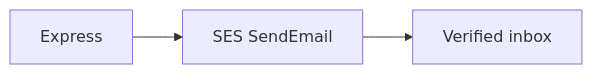
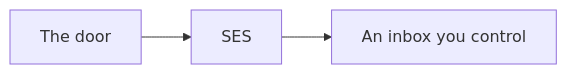
The diagram in content/tracks/backend-from-zero/lessons/12-amazon-ses.md (sreecharan-desu/hackx-slides), drawn with Mermaid before and after one commit. The commit also changed other lines of this file and 35 other files, not shown here.

````diff
--- a/content/tracks/backend-from-zero/lessons/12-amazon-ses.md
+++ b/content/tracks/backend-from-zero/lessons/12-amazon-ses.md
@@ -12,5 +12,5 @@
 ```mermaid
 flowchart LR
-  API[Express] --> SES[SES SendEmail]
-  SES --> IN[Verified inbox]
+  API[The door] --> SES[SES]
+  SES --> IN[An inbox you control]
 ```
````
